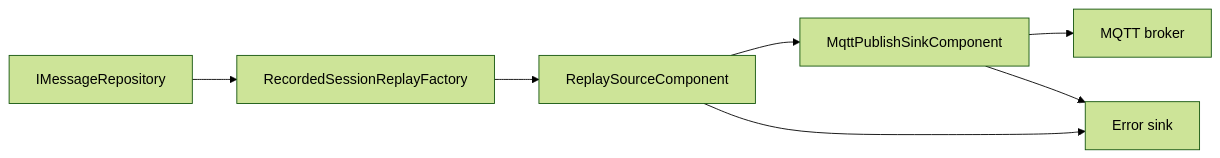
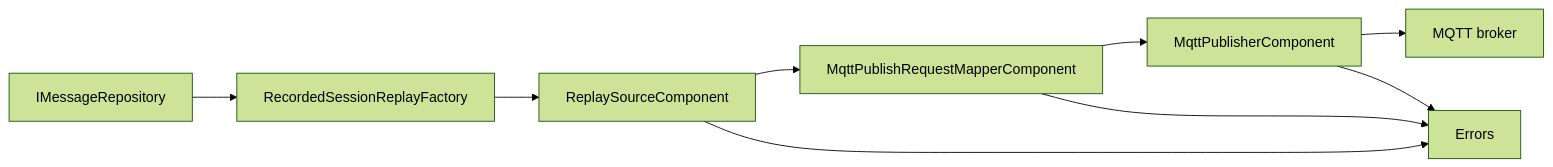
One commit to araxis/FluxMq changed the fourth of 4 diagrams in docs/replay.md. Above: the diagram before and after it, drawn with Mermaid (forest theme). The commit also changed other lines of this file and 70 other files, not shown here.

````diff
--- a/docs/replay.md
+++ b/docs/replay.md
@@ -98,9 +98,11 @@
 ```mermaid
 flowchart LR
     Repository["IMessageRepository"] --> Factory["RecordedSessionReplayFactory"]
     Factory --> Replay["ReplaySourceComponent"]
-    Replay --> Publish["MqttPublishSinkComponent"]
+    Replay --> Mapper["MqttPublishRequestMapperComponent"]
+    Mapper --> Publish["MqttPublisherComponent"]
     Publish --> Broker["MQTT broker"]
-    Replay --> Errors["Error sink"]
+    Replay --> Errors["Errors"]
+    Mapper --> Errors
     Publish --> Errors
 ```
````
